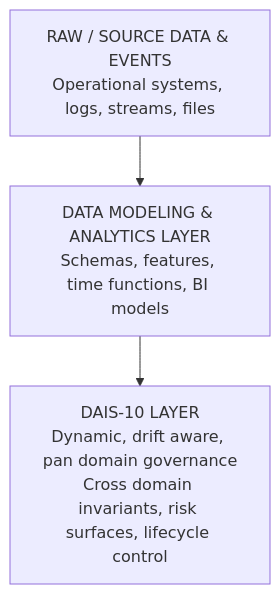
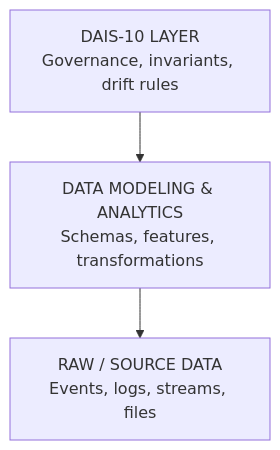
The second of 2 diagrams in DIAS Vs. Data Modeling.md (usman19zafar/DAIS-10-Continuum), drawn with Mermaid before and after one commit. The commit also changed other lines of this file, not shown here.

Commit message:
Update DIAS Vs. Data Modeling.md

````diff
--- a/DIAS Vs. Data Modeling.md
+++ b/DIAS Vs. Data Modeling.md
@@ -49,10 +57,9 @@
 ```mermaid
 flowchart TD
 
-    A[RAW / SOURCE DATA & EVENTS<br/>Operational systems, logs, streams, files] 
-        --> B[DATA MODELING & ANALYTICS LAYER<br/>Schemas, features, time functions, BI models]
+    C[DAIS-10 LAYER<br/>Governance, invariants, drift rules]
+        --> B[DATA MODELING & ANALYTICS<br/>Schemas, features, transformations]
 
-    B --> C[DAIS-10 LAYER<br/>Dynamic, drift aware, pan domain governance<br/>Cross domain invariants, risk surfaces, lifecycle control]
+    B --> A[RAW / SOURCE DATA<br/>Events, logs, streams, files]
 
-    C
 ```
````
